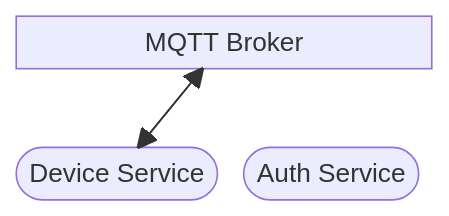
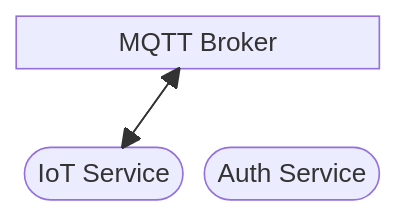
One commit to TheFullStackFarmer/Agrigate changed the first of 2 diagrams in docs/docs/design/architecture/services.md. Above: the diagram before and after it, drawn with Mermaid. The commit also changed other lines of this file and 94 other files, not shown here.

````diff
--- a/docs/docs/design/architecture/services.md
+++ b/docs/docs/design/architecture/services.md
@@ -5,11 +12,11 @@
 ```mermaid
 block-beta
     columns 2
 
     broker["MQTT Broker"]:2
     space:2
-    devices(["Device Service"]) auth(["Auth Service"])
+    iot(["IoT Service"]) auth(["Auth Service"])
 
-    broker --> devices
-    devices --> broker
+    broker --> iot
+    iot --> broker
 ```
````
